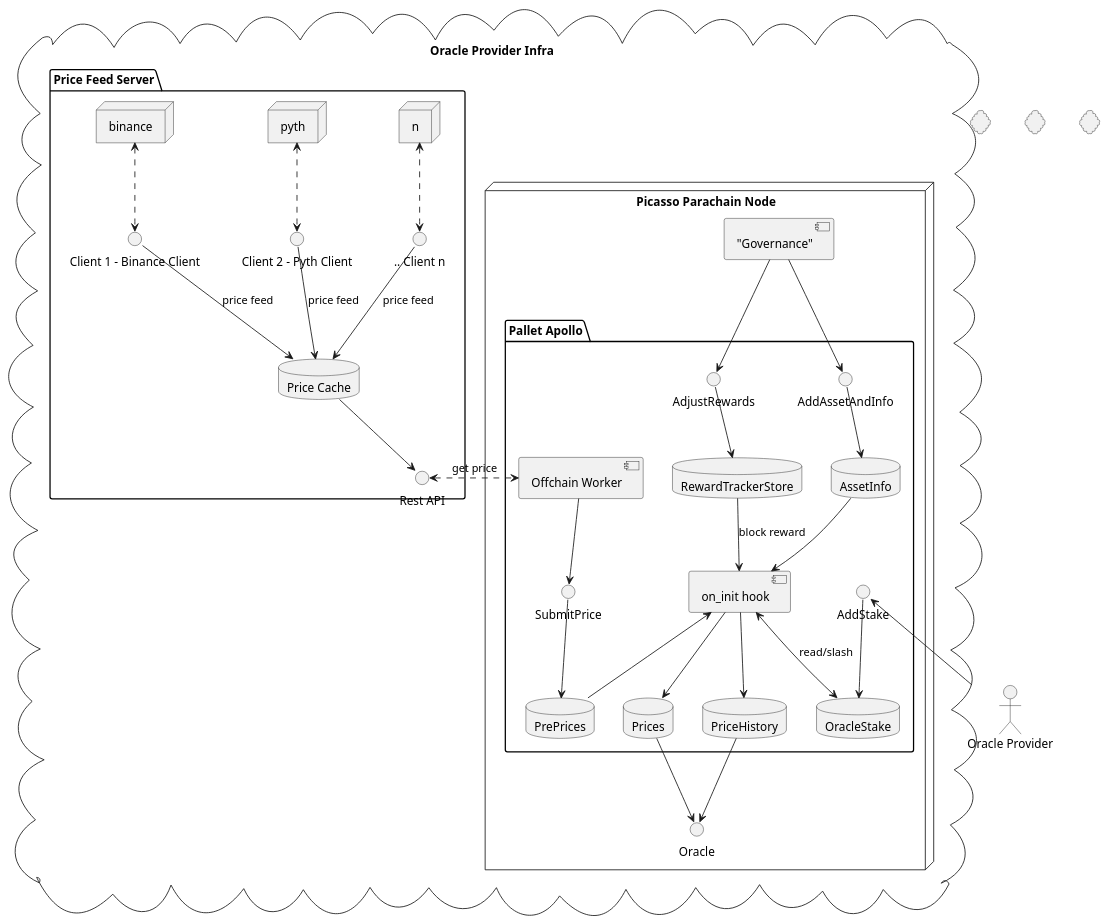
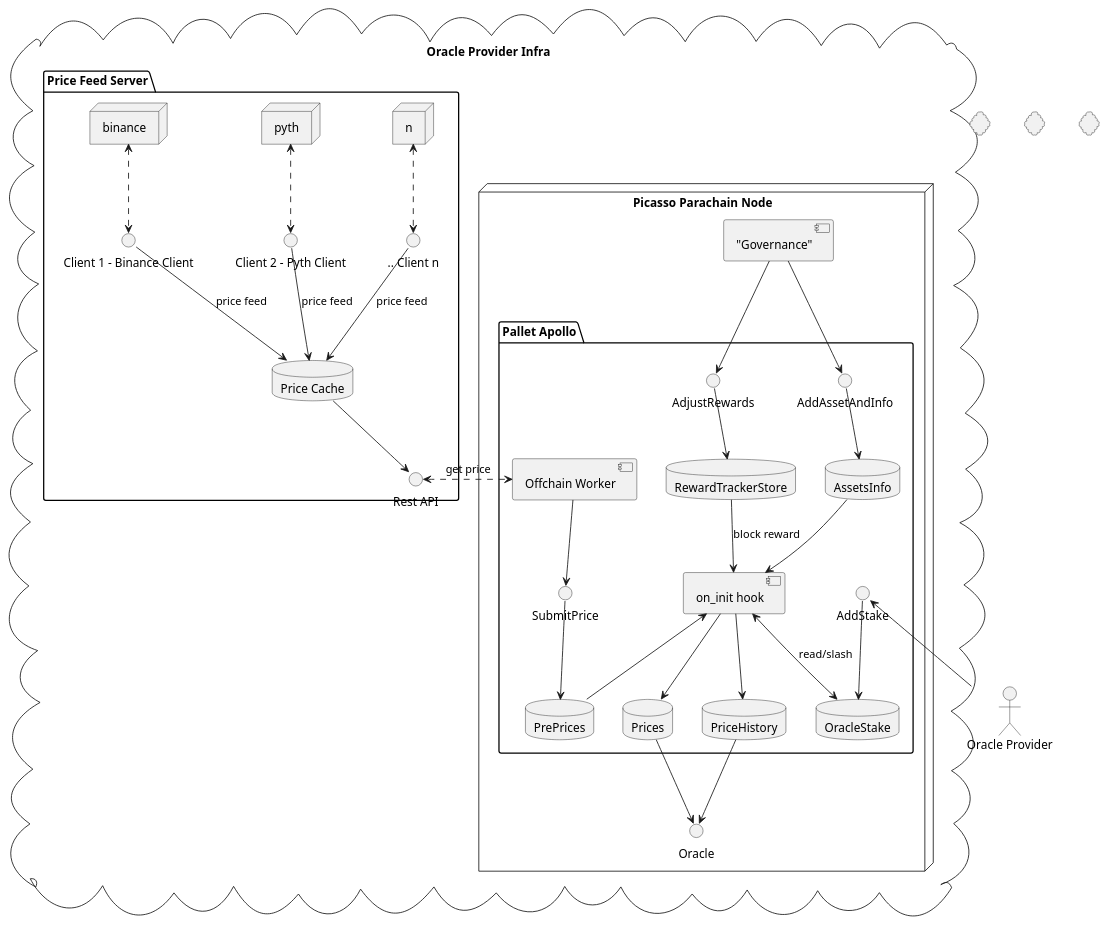
The first of 7 diagrams in frame/oracle/design/design.adoc (ComposableFi/composable), drawn with PlantUML before and after one commit. The commit also changed other lines of this file and 1 other file, not shown here.

```diff
--- a/frame/oracle/design/design.adoc
+++ b/frame/oracle/design/design.adoc
@@ -70,74 +70,74 @@
 [plantuml,images/apollo-overview,png]
 ----
 cloud "Oracle Provider Infra" {
     node "Picasso Parachain Node" {
         () "Oracle" as o
         package "Pallet Apollo" {
             Database "PrePrices" as prepricedb
-            Database "AssetInfo" as assetdb
+            Database "AssetsInfo" as assetdb
             Database "OracleStake" as stakedb
             Database "Prices" as pricedb
             Database "PriceHistory" as pricehistorydb
             Database "RewardTrackerStore" as rewarddb
             [Offchain Worker] as ofw
             [on_init hook] as oih
             () "SubmitPrice" as sp
             () "AdjustRewards" as ar
             () "AddStake" as as
             () "AddAssetAndInfo" as adda
             ar --> rewarddb
             ofw --> sp
             sp --> prepricedb
             oih <-- prepricedb
             adda --> assetdb
             assetdb --> oih
             oih --> pricedb
             oih <--> stakedb : read/slash
             as --> stakedb
             oih --> pricehistorydb
         }
 
         ["Governance"] --> ar
         ["Governance"] --> adda
         rewarddb --> oih : block reward
         pricedb --> o
         pricehistorydb --> o
     }
 
     package "Price Feed Server" {
         () "Rest API" as papi
         database "Price Cache" as pc
         () "Client 1 - Binance Client" as c1
         () "Client 2 - Pyth Client" as c2
         () ".. Client n" as cn
 
         pc --> papi
         c1 --> pc: price feed
         c2 --> pc: price feed
         cn --> pc: price feed
         c1 <.up.> binance
         c2 <.up.> pyth
         cn <.up.> n
     }
 }
 
 ofw <.left.> papi : get price
 
 cloud {
     node "Price-Source 1 - Binance" as binance {
     }
 }
 
 cloud {
     node "Price-Source 2 - Pyth" as pyth {
     }
 }
 
 cloud {
     node ".. Price-Source n" as n {
     }
 }
 
 "Oracle Provider" as op
 op -up-> as
 ----
```
